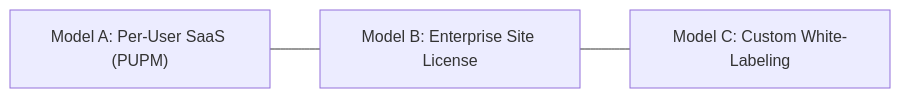
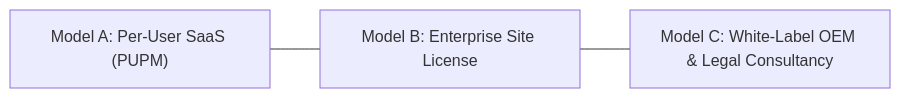
One commit to dev1worxpertise-blip/elearning changed the second of 2 diagrams in docs/3_BUSINESS_AND_COMPLIANCE_DOCUMENT.md. Above: the diagram before and after it, drawn with Mermaid. The commit also changed other lines of this file and 4 other files, not shown here.

Commit message:
docs: comprehensive update of technical, VAPT, operational, compliance, and architecture documentation for all enterprise features

````diff
--- a/docs/3_BUSINESS_AND_COMPLIANCE_DOCUMENT.md
+++ b/docs/3_BUSINESS_AND_COMPLIANCE_DOCUMENT.md
@@ -89,5 +130,5 @@
 ```mermaid
 flowchart LR
     Tier1["Model A: Per-User SaaS (PUPM)"] --- Tier2["Model B: Enterprise Site License"]
-    Tier2 --- Tier3["Model C: Custom White-Labeling"]
+    Tier2 --- Tier3["Model C: White-Label OEM & Legal Consultancy"]
 ```
````
